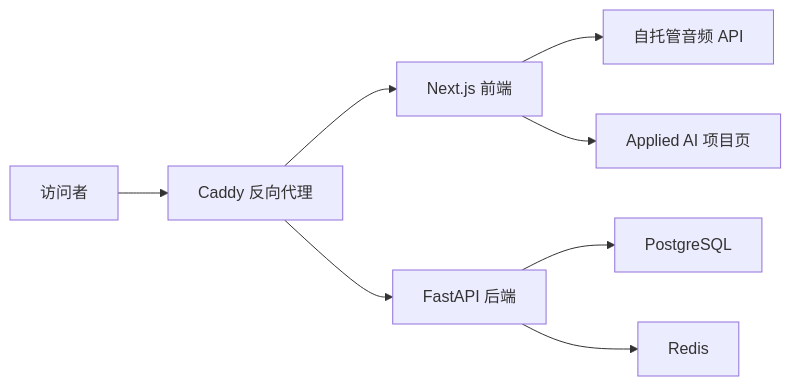
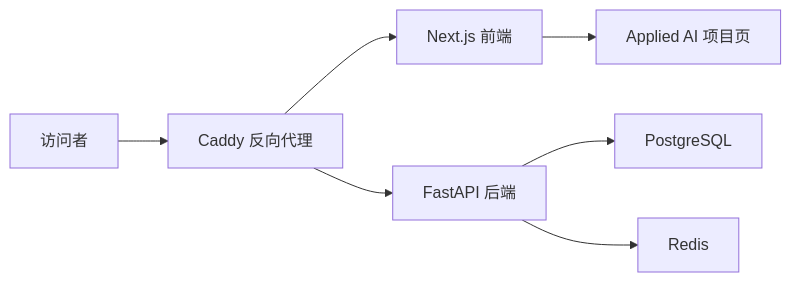
One commit to ZIFeIYUuuuuuu/selfsite changed the diagram in README.zh-CN.md. Above: the diagram before and after it, drawn with Mermaid. The commit also changed 24 other files, not shown here.

````diff
--- a/README.zh-CN.md
+++ b/README.zh-CN.md
@@ -9,10 +9,9 @@
 ```mermaid
 flowchart LR
   Visitor["访问者"] --> Caddy["Caddy 反向代理"]
   Caddy --> Frontend["Next.js 前端"]
   Caddy --> Backend["FastAPI 后端"]
   Backend --> Postgres["PostgreSQL"]
   Backend --> Redis["Redis"]
-  Frontend --> Audio["自托管音频 API"]
   Frontend --> Projects["Applied AI 项目页"]
 ```
````
